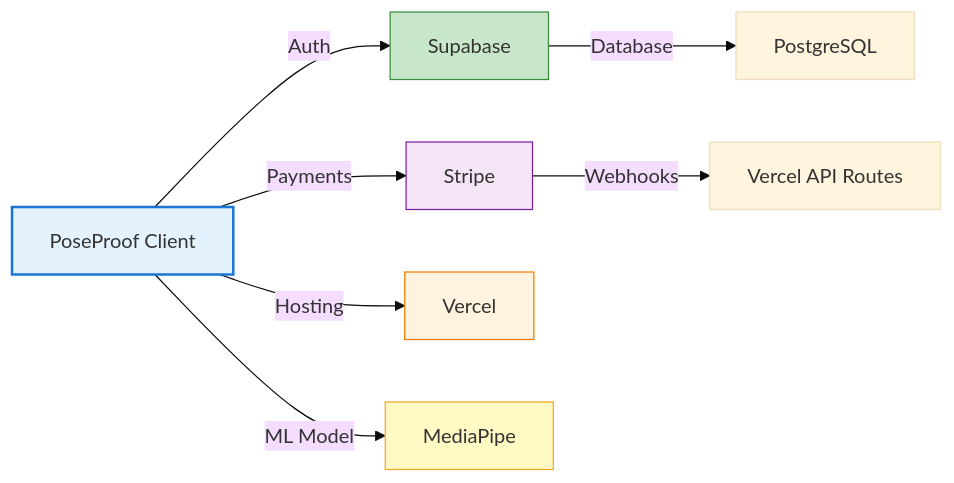
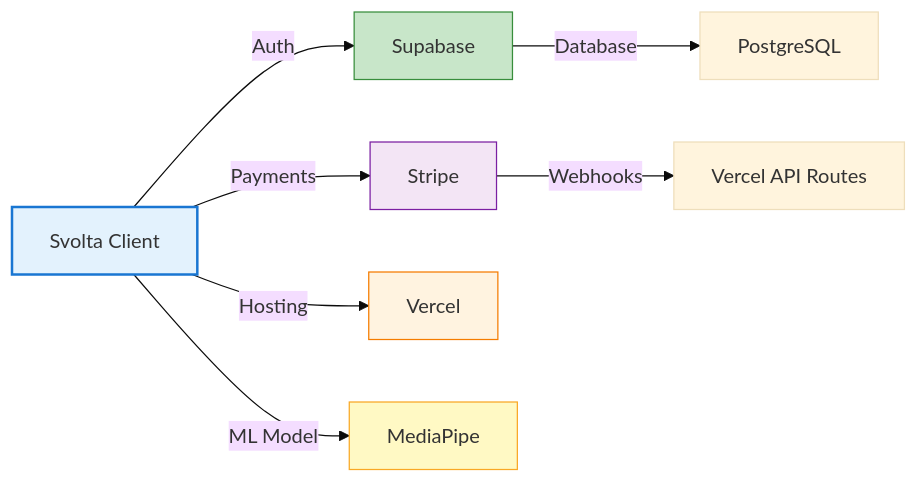
One commit to rickydwilson-dcs/poseproof changed the sixth of 9 diagrams in docs/architecture/overview.md. Above: the diagram before and after it, drawn with Mermaid (base theme). The commit also changed other lines of this file and 203 other files, not shown here.

````diff
--- a/docs/architecture/overview.md
+++ b/docs/architecture/overview.md
@@ -427,18 +427,18 @@
 ```mermaid
 graph LR
-    PoseProof[PoseProof Client]
+    Svolta[Svolta Client]
 
-    PoseProof -->|Auth| Supabase
-    PoseProof -->|Payments| Stripe
-    PoseProof -->|Hosting| Vercel
-    PoseProof -->|ML Model| MediaPipe
+    Svolta -->|Auth| Supabase
+    Svolta -->|Payments| Stripe
+    Svolta -->|Hosting| Vercel
+    Svolta -->|ML Model| MediaPipe
 
     Supabase -->|Database| PostgreSQL
     Stripe -->|Webhooks| VercelAPI[Vercel API Routes]
 
-    style PoseProof fill:#e3f2fd,stroke:#1976d2,stroke-width:2px
+    style Svolta fill:#e3f2fd,stroke:#1976d2,stroke-width:2px
     style Supabase fill:#c8e6c9,stroke:#388e3c
     style Stripe fill:#f3e5f5,stroke:#7b1fa2
     style Vercel fill:#fff3e0,stroke:#f57c00
     style MediaPipe fill:#fff9c4,stroke:#f9a825
 ```
````
